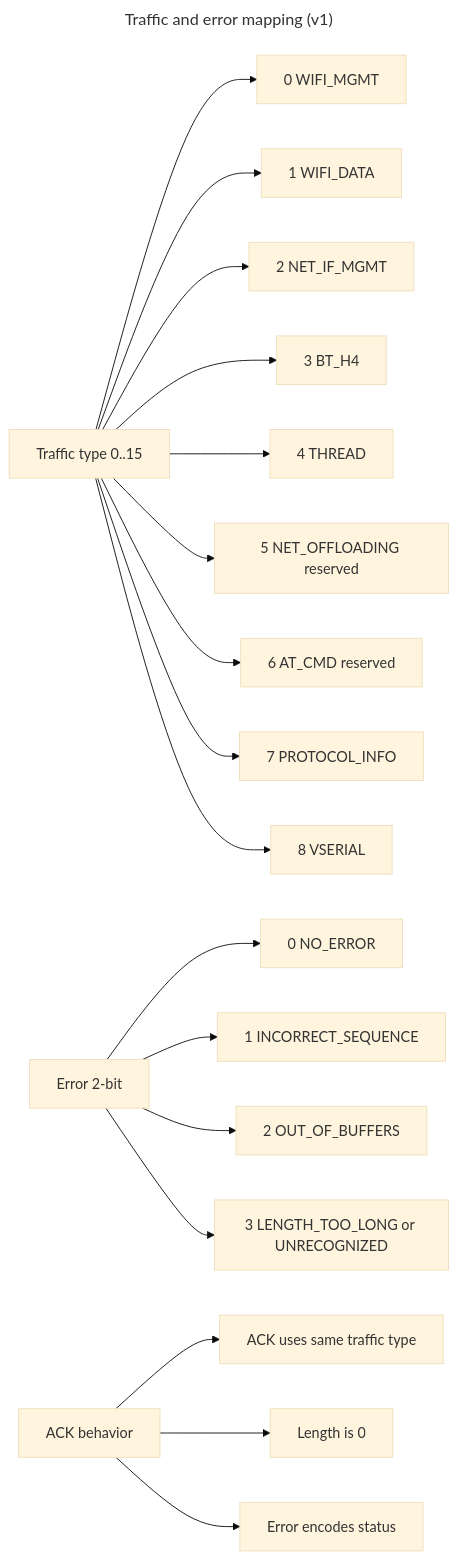
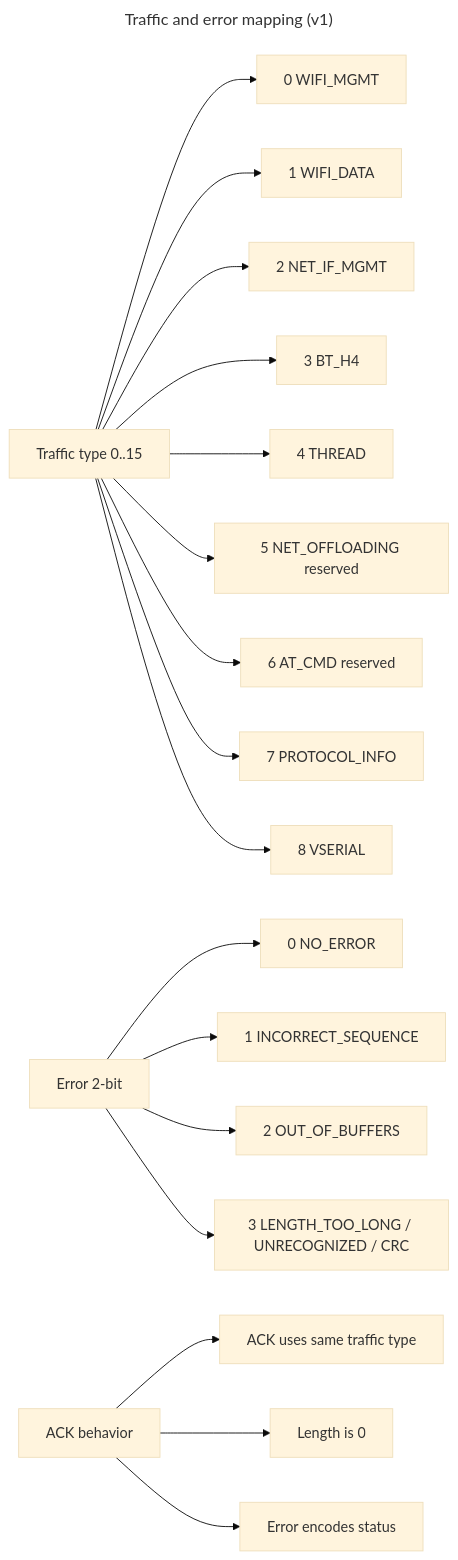
The third of 3 diagrams in docs/architecture.md (mjaakkol/embedded80211_serial), drawn with Mermaid (base theme) before and after one commit. The commit also changed other lines of this file and 13 other files, not shown here.

````diff
--- a/docs/architecture.md
+++ b/docs/architecture.md
@@ -194,24 +201,24 @@
 ```mermaid
 ---
 title: "Traffic and error mapping (v1)"
 ---
 flowchart LR
     T[Traffic type 0..15] --> T0[0 WIFI_MGMT]
     T --> T1[1 WIFI_DATA]
     T --> T2[2 NET_IF_MGMT]
     T --> T3[3 BT_H4]
     T --> T4[4 THREAD]
     T --> T5[5 NET_OFFLOADING reserved]
     T --> T6[6 AT_CMD reserved]
     T --> T7[7 PROTOCOL_INFO]
     T --> T8[8 VSERIAL]
 
     E[Error 2-bit] --> E0[0 NO_ERROR]
     E --> E1[1 INCORRECT_SEQUENCE]
     E --> E2[2 OUT_OF_BUFFERS]
-    E --> E3[3 LENGTH_TOO_LONG or UNRECOGNIZED]
+    E --> E3[3 LENGTH_TOO_LONG / UNRECOGNIZED / CRC]
 
     A[ACK behavior] --> A1[ACK uses same traffic type]
     A --> A2[Length is 0]
     A --> A3[Error encodes status]
 ```
````
